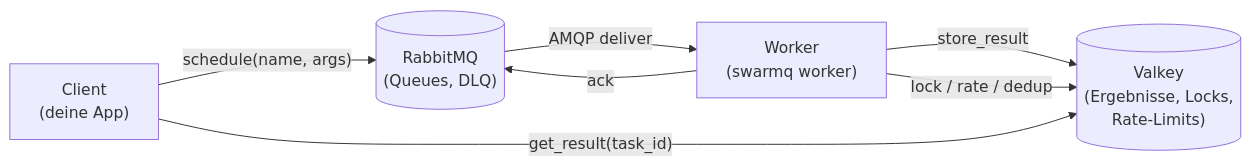
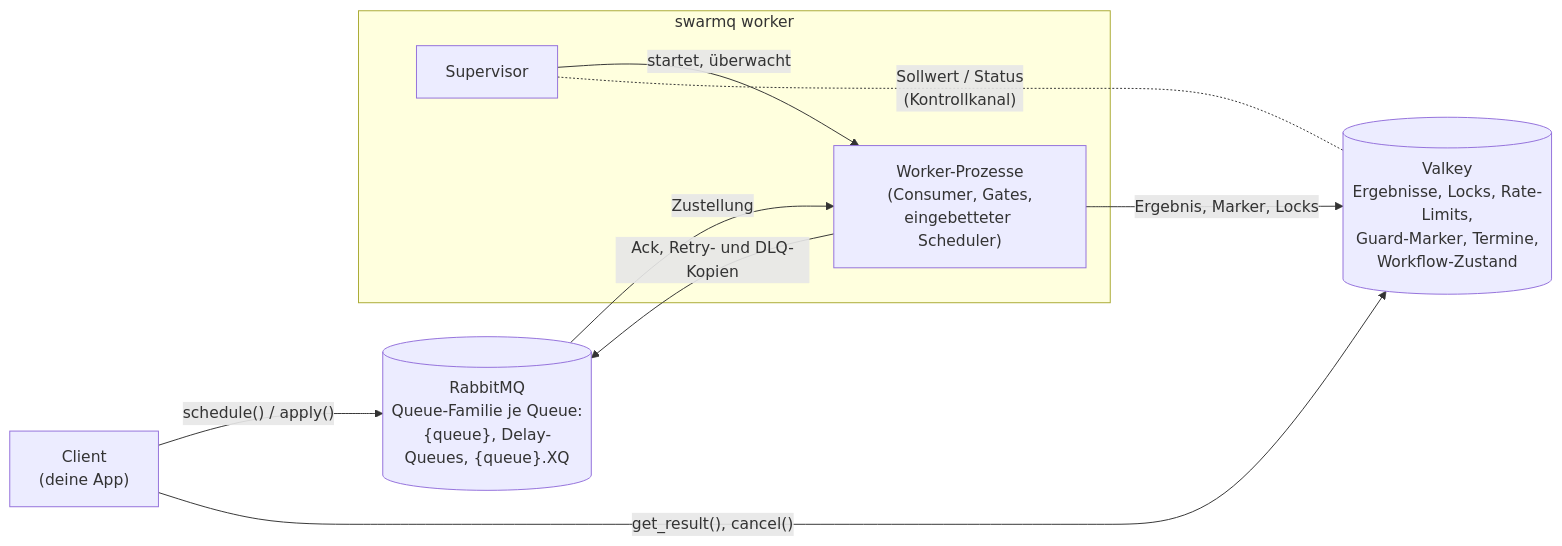
The first of 5 diagrams in website/explanation/architecture.de.md (Schorschofwill/swarmq), drawn with Mermaid before and after one commit. The commit also changed other lines of this file and 84 other files, not shown here.

````diff
--- a/website/explanation/architecture.de.md
+++ b/website/explanation/architecture.de.md
@@ -12,14 +13,18 @@
 ```mermaid
 flowchart LR
     Client["Client<br/>(deine App)"]
-    Broker[("RabbitMQ<br/>(Queues, DLQ)")]
-    Worker["Worker<br/>(swarmq worker)"]
-    Backend[("Valkey<br/>(Ergebnisse, Locks,<br/>Rate-Limits)")]
+    Broker[("RabbitMQ<br/>Queue-Familie je Queue:<br/>{queue}, Delay-Queues, {queue}.XQ")]
+    subgraph Host["swarmq worker"]
+        Supervisor["Supervisor"]
+        Worker["Worker-Prozesse<br/>(Consumer, Gates,<br/>eingebetteter Scheduler)"]
+        Supervisor -- startet, überwacht --> Worker
+    end
+    Backend[("Valkey<br/>Ergebnisse, Locks, Rate-Limits,<br/>Guard-Marker, Termine,<br/>Workflow-Zustand")]
 
-    Client -- schedule(name, args) --> Broker
-    Broker -- AMQP deliver --> Worker
-    Worker -- ack --> Broker
-    Worker -- store_result --> Backend
-    Client -- get_result(task_id) --> Backend
-    Worker -- lock / rate / dedup --> Backend
+    Client -- "schedule() / apply()" --> Broker
+    Broker -- Zustellung --> Worker
+    Worker -- "Ack, Retry- und DLQ-Kopien" --> Broker
+    Worker -- "Ergebnis, Marker, Locks" --> Backend
+    Client -- "get_result(), cancel()" --> Backend
+    Supervisor -. "Sollwert / Status<br/>(Kontrollkanal)" .- Backend
 ```
````
